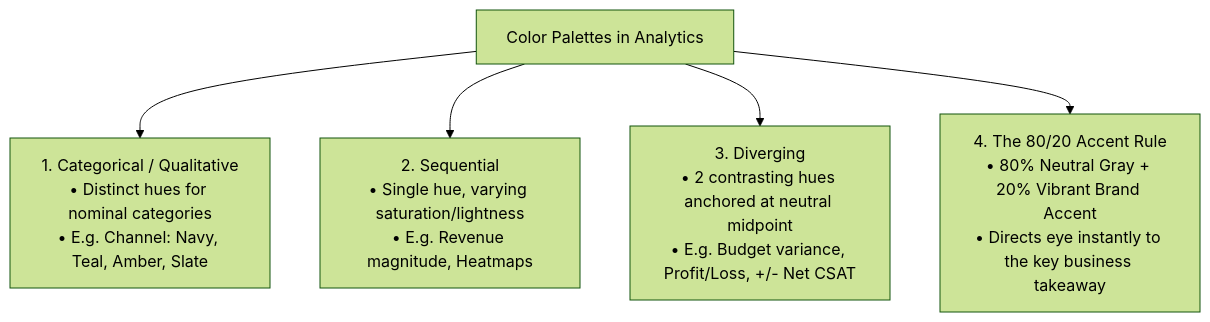
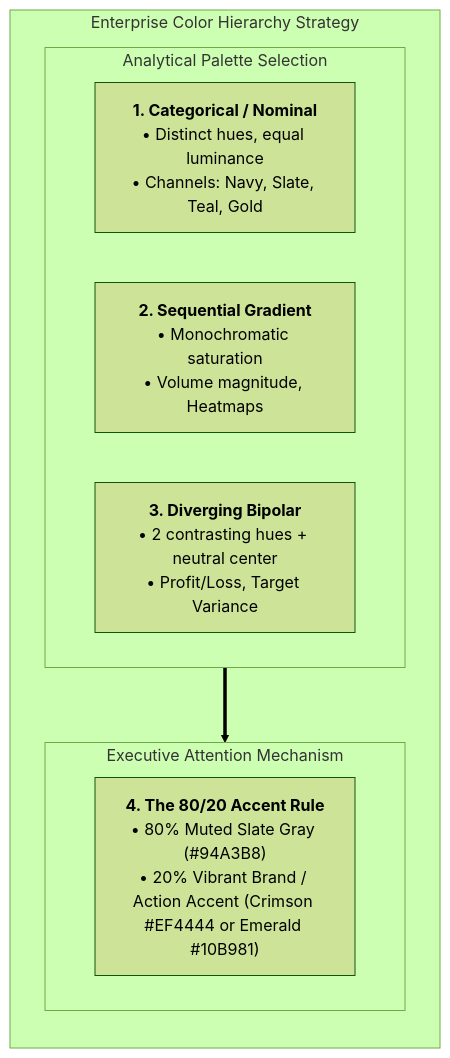
The third of 4 diagrams in 02_Notes/06_Data_Analysis_Charts/02_Formatting_and_Chart_Design_Rules.md (Sohila-Khaled-Abbas/COURSE-EXCEL-ZERO-TO-HERO), drawn with Mermaid (forest theme) before and after one commit. The commit also changed other lines of this file and 5 other files, not shown here.

Commit message:
docs(module-06): ground all chart notes in Module_6_Demo.xlsx, add roadmap diagrams and Module 6 reference doc

````diff
--- a/02_Notes/06_Data_Analysis_Charts/02_Formatting_and_Chart_Design_Rules.md
+++ b/02_Notes/06_Data_Analysis_Charts/02_Formatting_and_Chart_Design_Rules.md
@@ -140,7 +162,18 @@
 ```mermaid
 flowchart TD
-    Palettes["Color Palettes in Analytics"] --> Cat["1. Categorical / Qualitative<br/>• Distinct hues for nominal categories<br/>• E.g. Channel: Navy, Teal, Amber, Slate"]
-    Palettes --> Seq["2. Sequential<br/>• Single hue, varying saturation/lightness<br/>• E.g. Revenue magnitude, Heatmaps"]
-    Palettes --> Div["3. Diverging<br/>• 2 contrasting hues anchored at neutral midpoint<br/>• E.g. Budget variance, Profit/Loss, +/- Net CSAT"]
-    Palettes --> Acc["4. The 80/20 Accent Rule<br/>• 80% Neutral Gray + 20% Vibrant Brand Accent<br/>• Directs eye instantly to the key business takeaway"]
+    subgraph PaletteRoadmap ["Enterprise Color Hierarchy Strategy"]
+        direction TB
+        subgraph Palettes ["Analytical Palette Selection"]
+            direction LR
+            Cat["<b>1. Categorical / Nominal</b><br/>• Distinct hues, equal luminance<br/>• Channels: Navy, Slate, Teal, Gold"]
+            Seq["<b>2. Sequential Gradient</b><br/>• Monochromatic saturation<br/>• Volume magnitude, Heatmaps"]
+            Div["<b>3. Diverging Bipolar</b><br/>• 2 contrasting hues + neutral center<br/>• Profit/Loss, Target Variance"]
+        end
+
+        subgraph Focus ["Executive Attention Mechanism"]
+            Acc["<b>4. The 80/20 Accent Rule</b><br/>• 80% Muted Slate Gray (#94A3B8)<br/>• 20% Vibrant Brand / Action Accent (Crimson #EF4444 or Emerald #10B981)"]
+        end
+
+        Palettes ==> Focus
+    end
 ```
````
